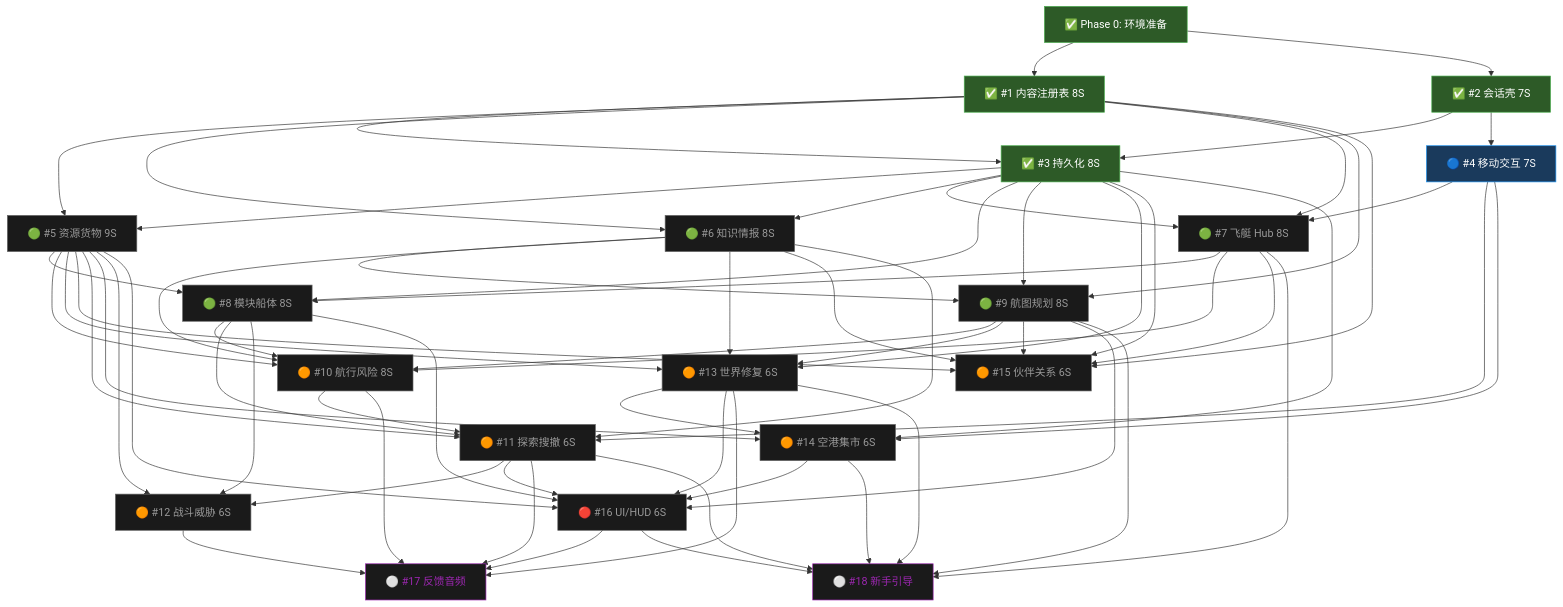
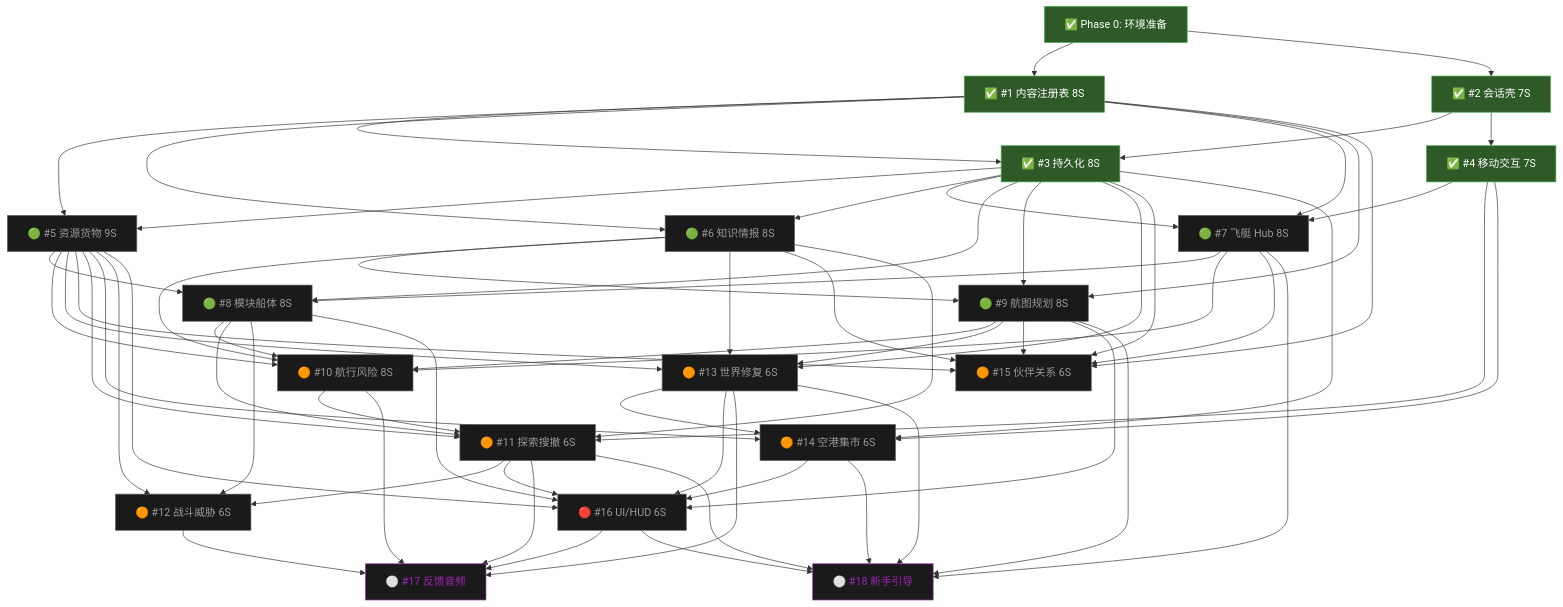
Before and after one commit to lieinsay/Claude-Code-Game-Studios: the second of 3 diagrams in docs/reference/production-flowchart.md, drawn with Mermaid. The commit also changed other lines of this file and 29 other files, not shown here.

```diff
--- a/docs/reference/production-flowchart.md
+++ b/docs/reference/production-flowchart.md
@@ -71,7 +71,7 @@
     S2["✅ #2 会话壳 7S"]:::done
 
     S3["✅ #3 持久化 8S"]:::done
-    S4["🔵 #4 移动交互 7S"]:::active
+    S4["✅ #4 移动交互 7S"]:::done
 
     S5["🟢 #5 资源货物 9S"]:::future
     S6["🟢 #6 知识情报 8S"]:::future
```
